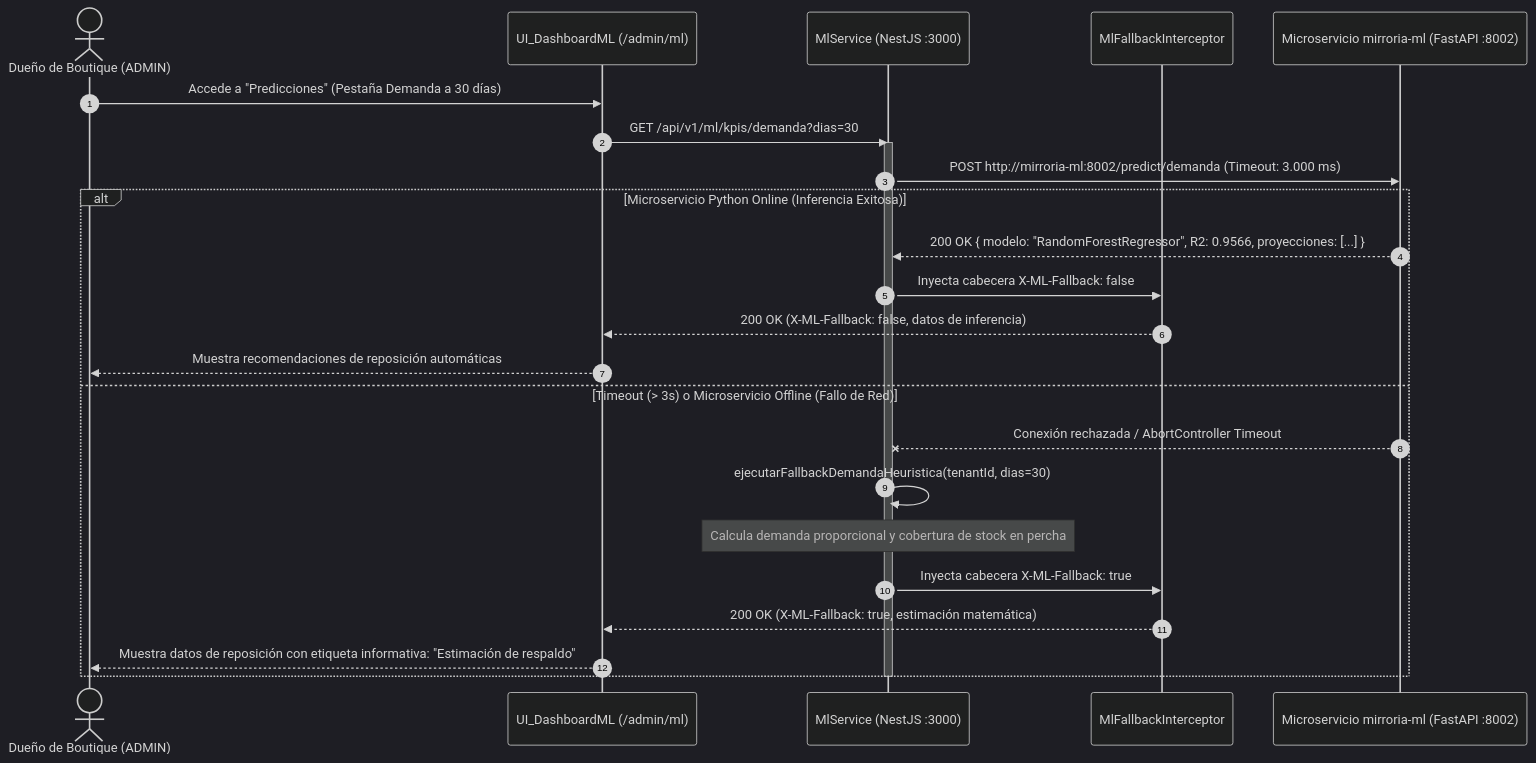
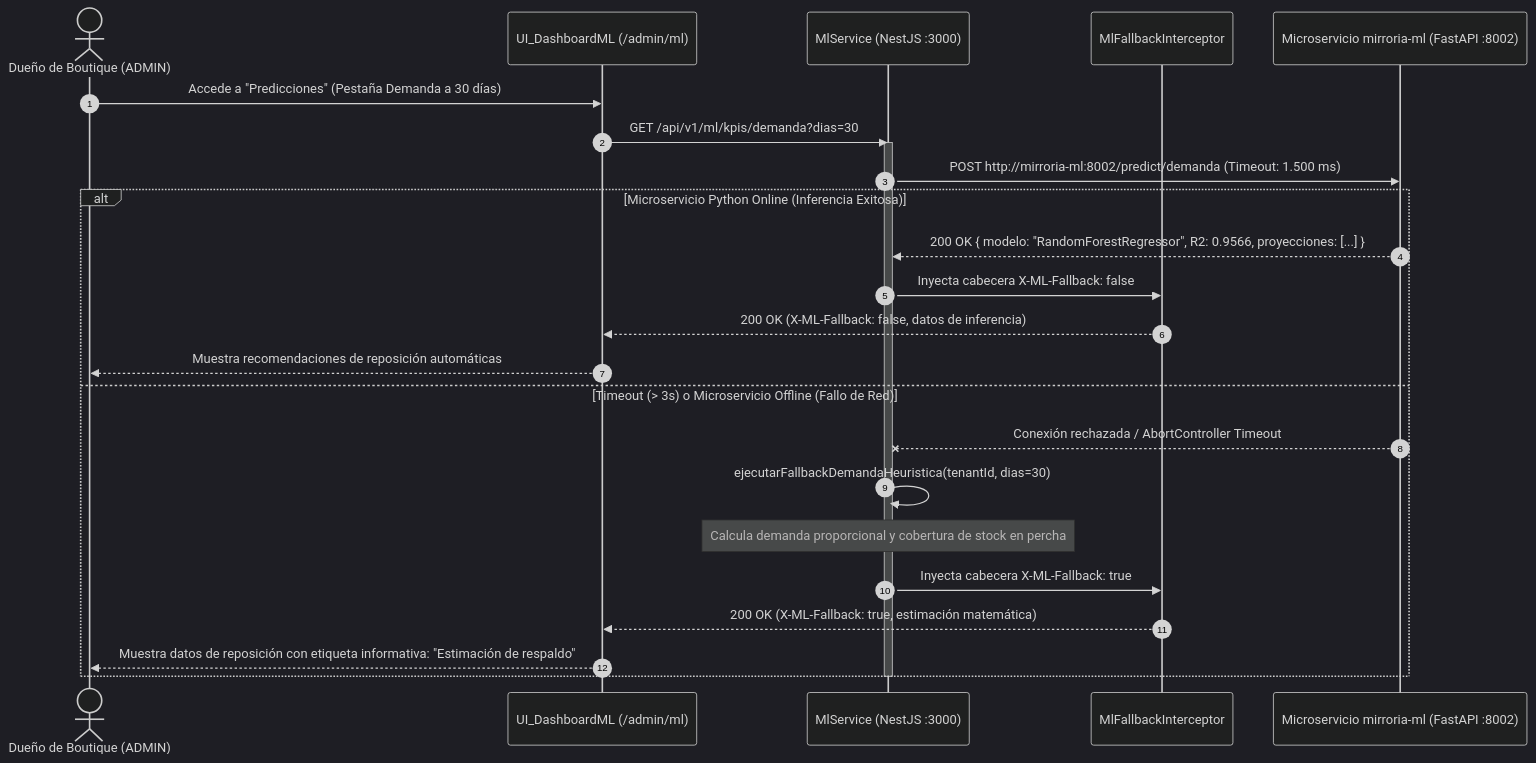
Before and after one commit to mopy1/MirrorIA: the ninth of 11 diagrams in docs/parcial2/base/03_Analisis_y_Diseno_ICONIX/03_Analisis_y_Diseno_ICONIX.md, drawn with Mermaid (dark theme). The commit also changed 36 other files, not shown here.

````diff
--- a/docs/parcial2/base/03_Analisis_y_Diseno_ICONIX/03_Analisis_y_Diseno_ICONIX.md
+++ b/docs/parcial2/base/03_Analisis_y_Diseno_ICONIX/03_Analisis_y_Diseno_ICONIX.md
@@ -572,29 +572,29 @@
 ```mermaid
 sequenceDiagram
     autonumber
     actor ADM as Dueño de Boutique (ADMIN)
     participant UI as UI_DashboardML (/admin/ml)
     participant BACK as MlService (NestJS :3000)
     participant INT as MlFallbackInterceptor
     participant ML_PY as Microservicio mirroria-ml (FastAPI :8002)
 
     ADM->>UI: Accede a "Predicciones" (Pestaña Demanda a 30 días)
     UI->>BACK: GET /api/v1/ml/kpis/demanda?dias=30
     activate BACK
-    BACK->>ML_PY: POST http://mirroria-ml:8002/predict/demanda (Timeout: 3.000 ms)
+    BACK->>ML_PY: POST http://mirroria-ml:8002/predict/demanda (Timeout: 1.500 ms)
     
     alt Microservicio Python Online (Inferencia Exitosa)
         ML_PY-->>BACK: 200 OK { modelo: "RandomForestRegressor", R2: 0.9566, proyecciones: [...] }
         BACK->>INT: Inyecta cabecera X-ML-Fallback: false
         INT-->>UI: 200 OK (X-ML-Fallback: false, datos de inferencia)
         UI-->>ADM: Muestra recomendaciones de reposición automáticas
     else Timeout (> 3s) o Microservicio Offline (Fallo de Red)
         ML_PY--xBACK: Conexión rechazada / AbortController Timeout
         BACK->>BACK: ejecutarFallbackDemandaHeuristica(tenantId, dias=30)
         Note over BACK: Calcula demanda proporcional y cobertura de stock en percha
         BACK->>INT: Inyecta cabecera X-ML-Fallback: true
         INT-->>UI: 200 OK (X-ML-Fallback: true, estimación matemática)
         UI-->>ADM: Muestra datos de reposición con etiqueta informativa: "Estimación de respaldo"
     end
     deactivate BACK
 ```
````
